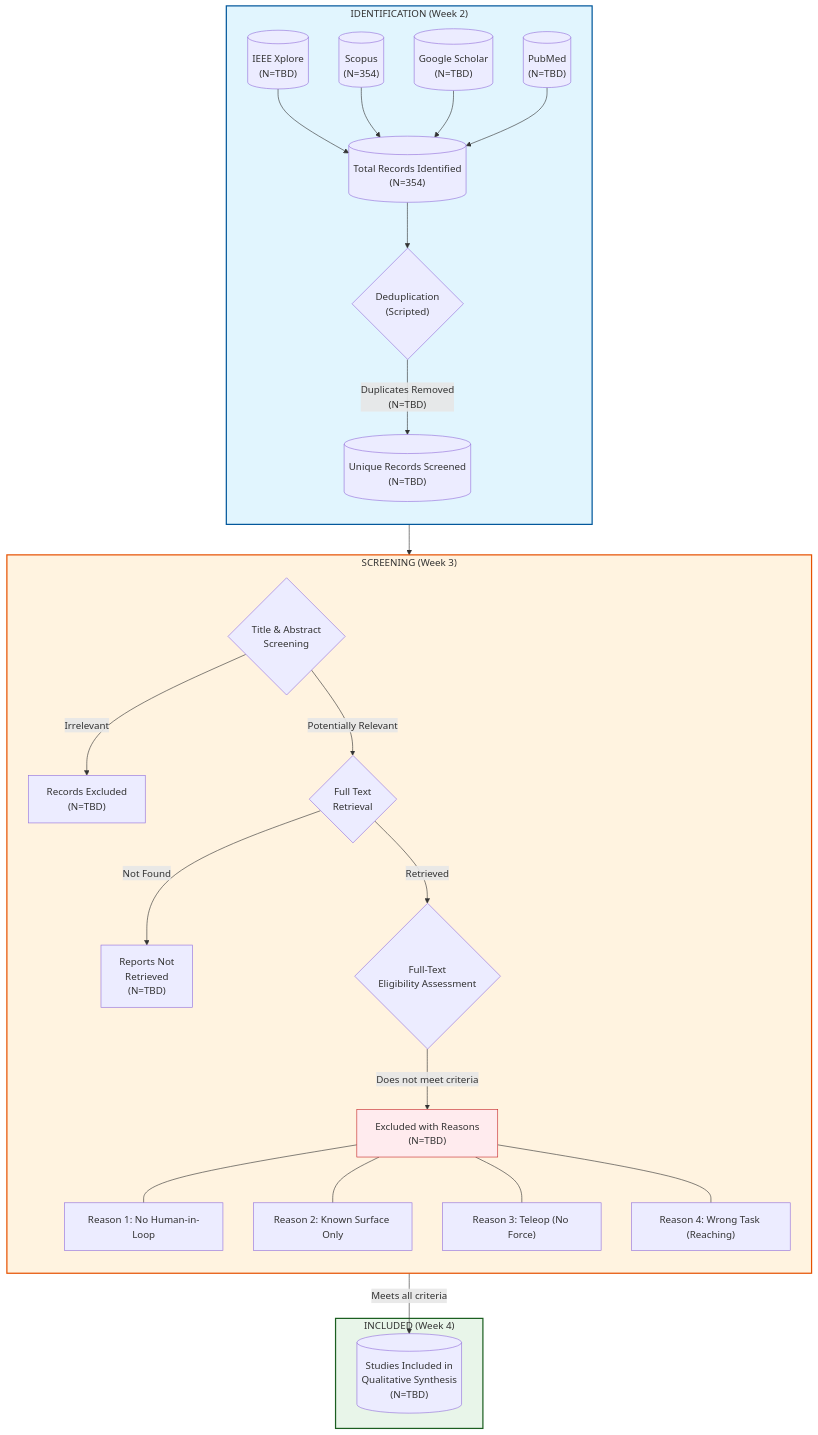
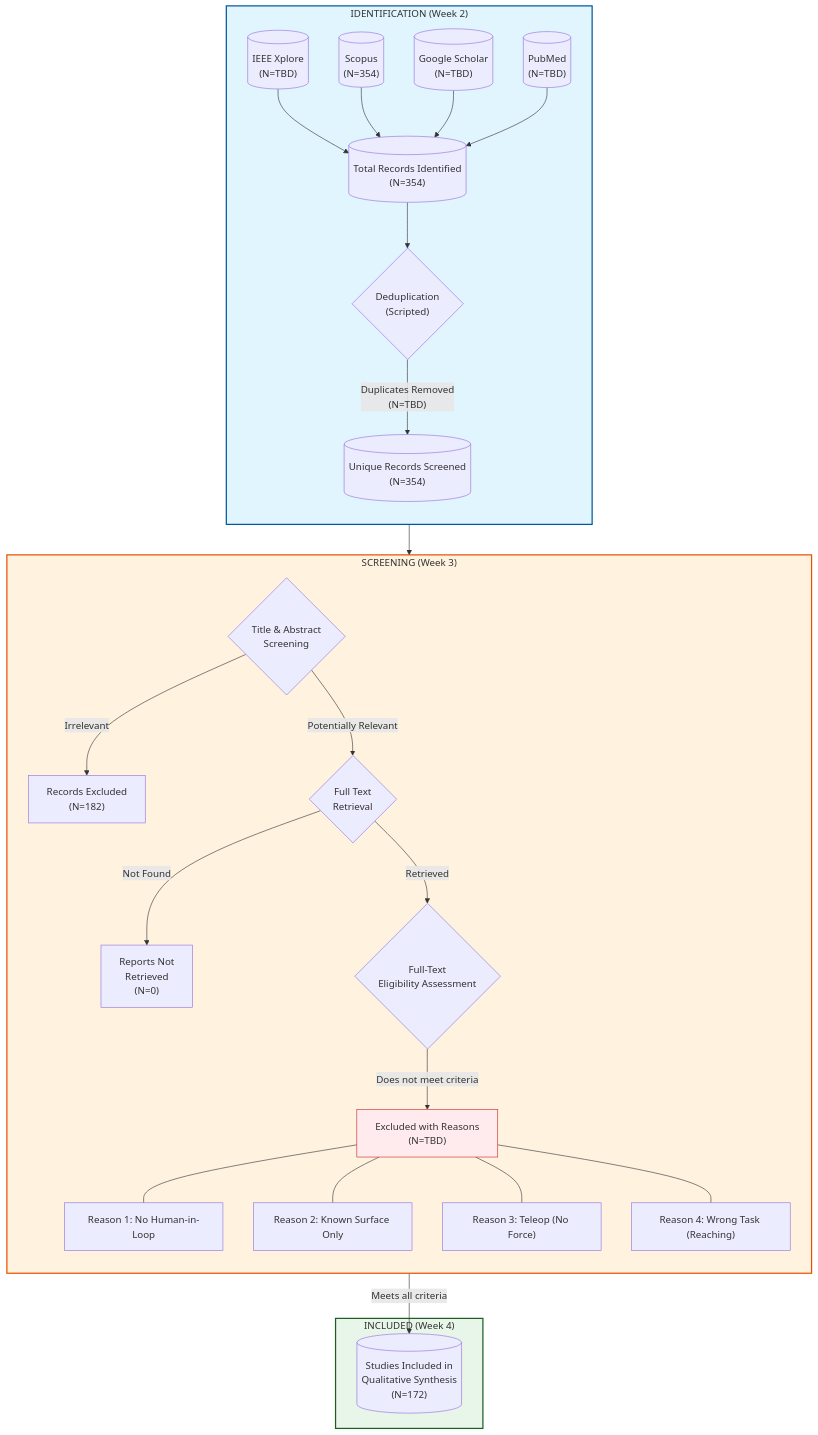
The diagram in prisma_flow.mermaid (ralphdesir1/Literature_Review_Project), drawn with Mermaid before and after one commit. The commit also changed 3 other files, not shown here.

Commit message:
Week 3 Complete: Consolidated 172 included studies, updated PRISMA flow, and logged results.

```diff
--- a/prisma_flow.mermaid
+++ b/prisma_flow.mermaid
@@ -1,75 +1,75 @@
 flowchart TD
     %% ==================================================================================
     %% PRISMA 2020 FLOW DIAGRAM FOR SYSTEMATIC REVIEWS
     %% Phase: IDENTIFICATION -> SCREENING -> INCLUDED
     %% ==================================================================================
 
     subgraph Identification ["IDENTIFICATION (Week 2)"]
         direction TB
         DB1[("IEEE Xplore\n(N=TBD)")]
         DB2[("Scopus\n(N=354)")]
         DB3[("Google Scholar\n(N=TBD)")]
         DB4[("PubMed\n(N=TBD)")]
         
         Total_Raw[("Total Records Identified\n(N=354)")]
         
         Dedupe_Process{"Deduplication\n(Scripted)"}
-        Total_Unique[("Unique Records Screened\n(N=TBD)")]
+        Total_Unique[("Unique Records Screened\n(N=354)")]
     end
 
     subgraph Screening ["SCREENING (Week 3)"]
         direction TB
         Title_Abs_Screen{"Title & Abstract\nScreening"}
         
-        Excluded_Title["Records Excluded\n(N=TBD)"]
+        Excluded_Title["Records Excluded\n(N=182)"]
         
         Retrieval{"Full Text\nRetrieval"}
-        Not_Retrieved["Reports Not\nRetrieved\n(N=TBD)"]
+        Not_Retrieved["Reports Not\nRetrieved\n(N=0)"]
         
         Full_Text_Assess{"Full-Text\nEligibility Assessment"}
         
         Excluded_Reason["Excluded with Reasons\n(N=TBD)"]
         Reason1["Reason 1: No Human-in-Loop"]
         Reason2["Reason 2: Known Surface Only"]
         Reason3["Reason 3: Teleop (No Force)"]
         Reason4["Reason 4: Wrong Task (Reaching)"]
     end
 
     subgraph Included ["INCLUDED (Week 4)"]
-        Final_Included[("Studies Included in\nQualitative Synthesis\n(N=TBD)")]
+        Final_Included[("Studies Included in\nQualitative Synthesis\n(N=172)")]
     end
 
     %% ==================================================================================
     %% CONNECTIONS
     %% ==================================================================================
 
     DB1 --> Total_Raw
     DB2 --> Total_Raw
     DB3 --> Total_Raw
     DB4 --> Total_Raw
 
     Total_Raw --> Dedupe_Process
     Dedupe_Process -->|"Duplicates Removed\n(N=TBD)"| Total_Unique
     
     Total_Unique --> Title_Abs_Screen
     Title_Abs_Screen -->|"Irrelevant"| Excluded_Title
     Title_Abs_Screen -->|"Potentially Relevant"| Retrieval
     
     Retrieval -->|"Not Found"| Not_Retrieved
     Retrieval -->|"Retrieved"| Full_Text_Assess
     
     Full_Text_Assess -->|"Does not meet criteria"| Excluded_Reason
     Excluded_Reason --- Reason1
     Excluded_Reason --- Reason2
     Excluded_Reason --- Reason3
     Excluded_Reason --- Reason4
     
     Full_Text_Assess -->|"Meets all criteria"| Final_Included
 
     %% ==================================================================================
     %% STYLING
     %% ==================================================================================
     style Identification fill:#e1f5fe,stroke:#01579b,stroke-width:2px
     style Screening fill:#fff3e0,stroke:#e65100,stroke-width:2px
     style Included fill:#e8f5e9,stroke:#1b5e20,stroke-width:2px
     style Excluded_Reason fill:#ffebee,stroke:#c62828
```
